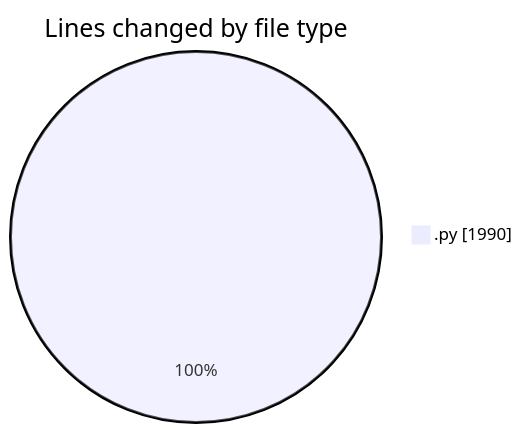
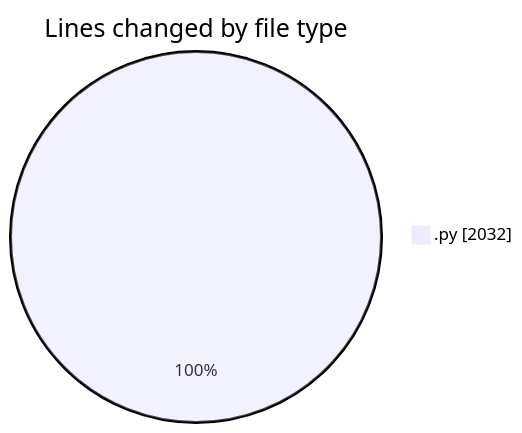
One commit to FelipKnott/code-tracking changed the first of 2 diagrams in 2025-07-02/cursor/README.md. Above: the diagram before and after it, drawn with Mermaid. The commit also changed other lines of this file and 1 other file, not shown here.

````diff
--- a/2025-07-02/cursor/README.md
+++ b/2025-07-02/cursor/README.md
@@ -23,5 +23,5 @@
 ```mermaid
 pie showData
 title Lines changed by file type
-".py" : 1990
+".py" : 2032
 ```
````
